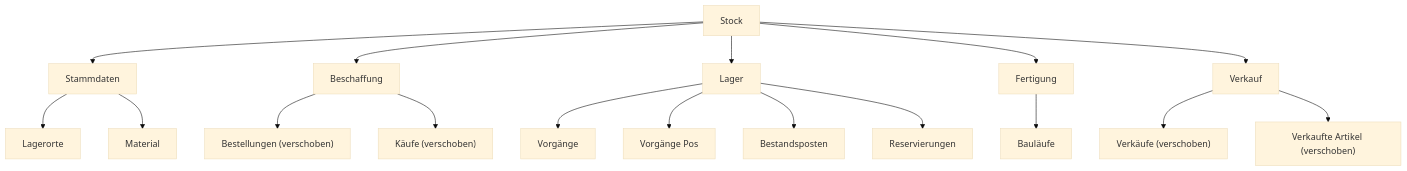
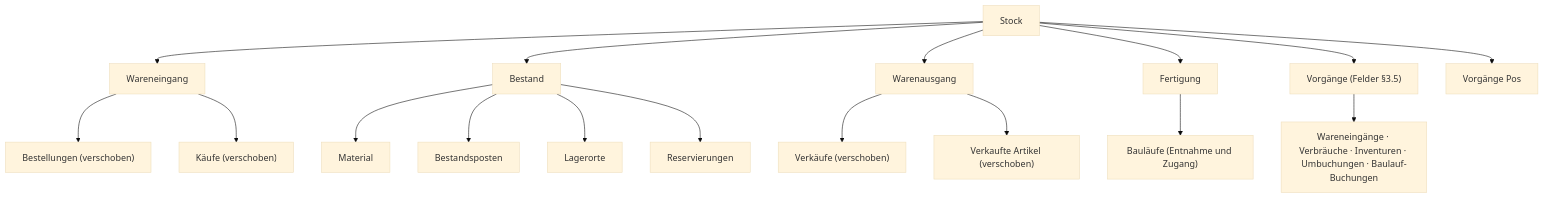
One commit to sfambach/wp-taxonomy-modeler changed the third of 5 diagrams in docs/pakete/lager/konzept.md. Above: the diagram before and after it, drawn with Mermaid (base theme). The commit also changed other lines of this file, not shown here.

Commit message:
Stock concept: tree by direction (goods in, stock, goods out, production), his proposal for F2
Claude-Session: https://claude.ai/code/session_01Rycw1hKdomUPNruWeEorfe

````diff
--- a/docs/pakete/lager/konzept.md
+++ b/docs/pakete/lager/konzept.md
@@ -115,19 +117,19 @@
 ```mermaid
 flowchart TB
-  ST["Stock"] --> SD["Stammdaten"]
-  ST --> BE["Beschaffung"]
-  ST --> LV["Lager"]
+  ST["Stock"] --> WE["Wareneingang"]
+  ST --> BS["Bestand"]
+  ST --> WA["Warenausgang"]
   ST --> FE["Fertigung"]
-  ST --> VK["Verkauf"]
-  SD --> LO["Lagerorte"]
-  SD --> LA["Material"]
-  BE --> BS["Bestellungen (verschoben)"]
-  BE --> KA["Käufe (verschoben)"]
-  LV --> VG["Vorgänge"]
-  LV --> BW["Vorgänge Pos"]
-  LV --> BP["Bestandsposten"]
-  LV --> RS["Reservierungen"]
-  FE --> BL["Bauläufe"]
-  VK --> VE["Verkäufe (verschoben)"]
-  VK --> VA["Verkaufte Artikel (verschoben)"]
+  WE --> BE["Bestellungen (verschoben)"]
+  WE --> KA["Käufe (verschoben)"]
+  BS --> LA["Material"]
+  BS --> BP["Bestandsposten"]
+  BS --> LO["Lagerorte"]
+  BS --> RS["Reservierungen"]
+  WA --> VE["Verkäufe (verschoben)"]
+  WA --> VA["Verkaufte Artikel (verschoben)"]
+  FE --> BL["Bauläufe (Entnahme und Zugang)"]
+  ST --> VG["Vorgänge (Felder §3.5)"]
+  VG --> V1["Wareneingänge · Verbräuche · Inventuren · Umbuchungen · Baulauf-Buchungen"]
+  ST --> VP["Vorgänge Pos"]
 ```
````
